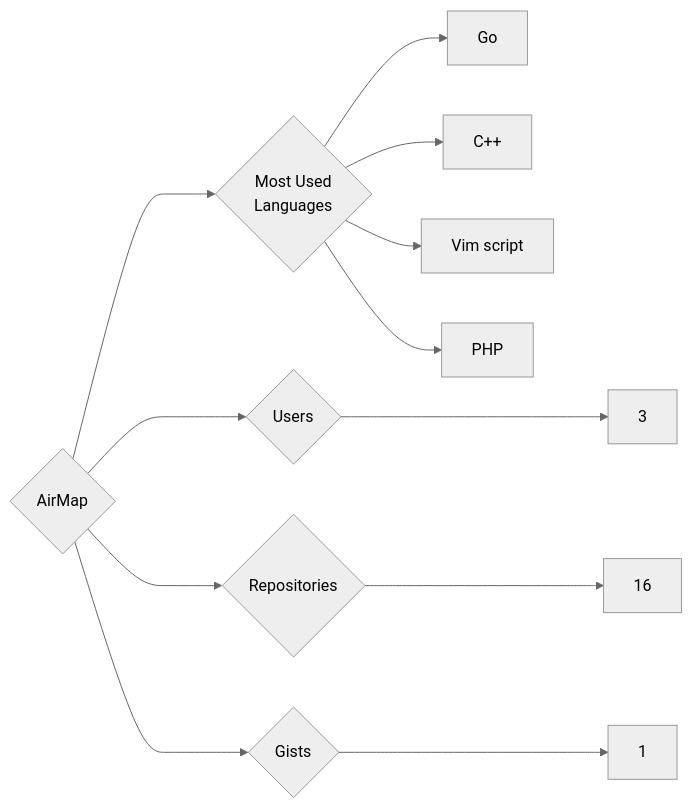
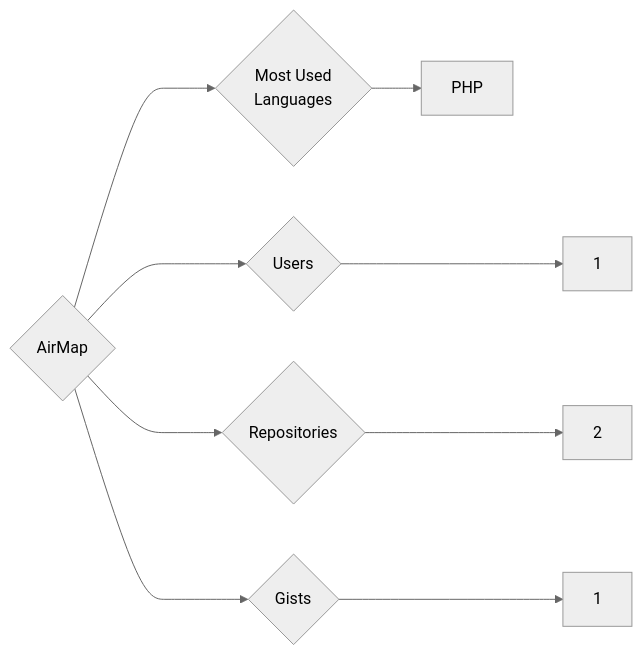
Before and after one commit to trickest/insiders: the diagram in targets/AirMap/README.md, drawn with Mermaid (neutral theme). The commit also changed 721 other files, not shown here.

````diff
--- a/targets/AirMap/README.md
+++ b/targets/AirMap/README.md
@@ -3,12 +3,9 @@
 ```mermaid
 graph LR
 COMPANY_NAME{AirMap}
-COMPANY_NAME ---> U{Users} ---> UN[3]
-COMPANY_NAME ---> R{Repositories} ---> RN[16]
+COMPANY_NAME ---> U{Users} ---> UN[1]
+COMPANY_NAME ---> R{Repositories} ---> RN[2]
 COMPANY_NAME ---> G{Gists} ---> GN[1]
 COMPANY_NAME ---> ML{Most Used<br>Languages}
-ML --> Go[Go]
-ML --> C++[C++]
-ML --> Vim_script[Vim script]
 ML --> PHP[PHP]
 ```
````
